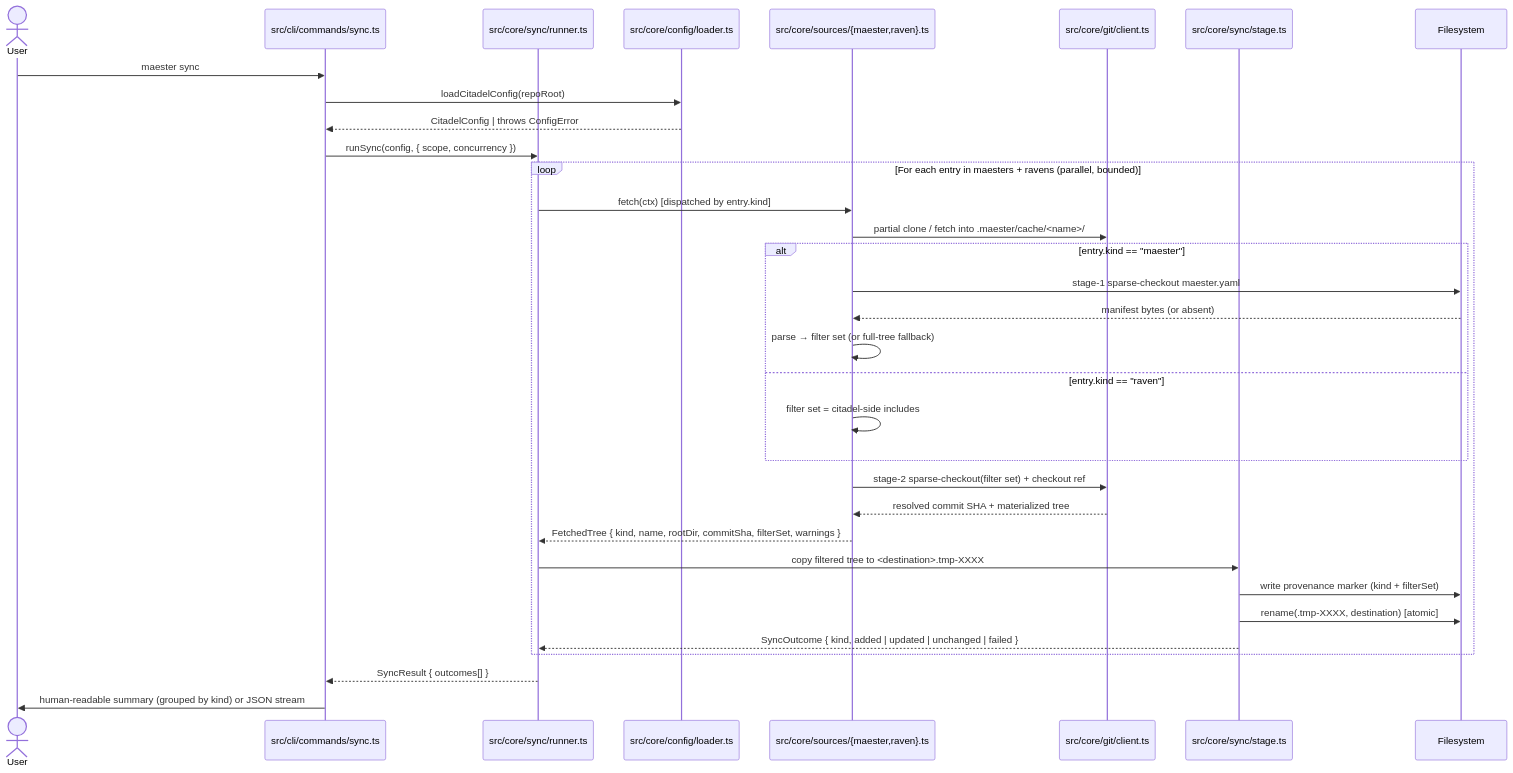
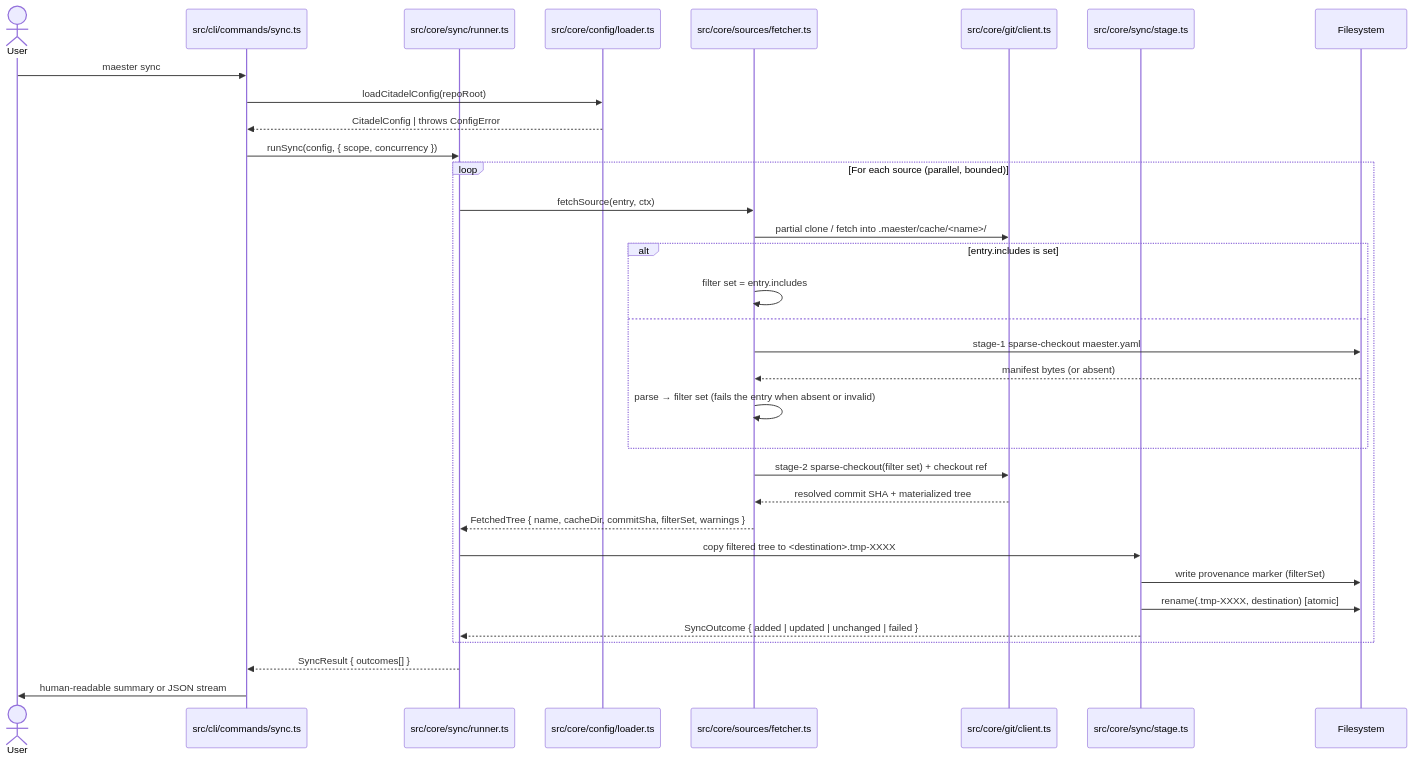
One commit to gballer77/maester changed the second of 3 diagrams in gspec/architecture.md. Above: the diagram before and after it, drawn with Mermaid. The commit also changed other lines of this file and 37 other files, not shown here.

First line of the commit message:
refactor: collapse ravens into sources; drop schema v2

````diff
--- a/gspec/architecture.md
+++ b/gspec/architecture.md
@@ -424,36 +397,36 @@
 ```mermaid
 sequenceDiagram
     actor U as User
     participant CLI as src/cli/commands/sync.ts
     participant Runner as src/core/sync/runner.ts
     participant Loader as src/core/config/loader.ts
-    participant Fetcher as src/core/sources/{maester,raven}.ts
+    participant Fetcher as src/core/sources/fetcher.ts
     participant Git as src/core/git/client.ts
     participant Stage as src/core/sync/stage.ts
     participant FS as Filesystem
 
     U->>CLI: maester sync
     CLI->>Loader: loadCitadelConfig(repoRoot)
     Loader-->>CLI: CitadelConfig | throws ConfigError
     CLI->>Runner: runSync(config, { scope, concurrency })
-    loop For each entry in maesters + ravens (parallel, bounded)
-        Runner->>Fetcher: fetch(ctx)  [dispatched by entry.kind]
+    loop For each source (parallel, bounded)
+        Runner->>Fetcher: fetchSource(entry, ctx)
         Fetcher->>Git: partial clone / fetch into .maester/cache/<name>/
-        alt entry.kind == "maester"
+        alt entry.includes is set
+            Fetcher->>Fetcher: filter set = entry.includes
+        else
             Fetcher->>FS: stage-1 sparse-checkout maester.yaml
             FS-->>Fetcher: manifest bytes (or absent)
-            Fetcher->>Fetcher: parse → filter set (or full-tree fallback)
-        else entry.kind == "raven"
-            Fetcher->>Fetcher: filter set = citadel-side includes
+            Fetcher->>Fetcher: parse → filter set (fails the entry when absent or invalid)
         end
         Fetcher->>Git: stage-2 sparse-checkout(filter set) + checkout ref
         Git-->>Fetcher: resolved commit SHA + materialized tree
-        Fetcher-->>Runner: FetchedTree { kind, name, rootDir, commitSha, filterSet, warnings }
+        Fetcher-->>Runner: FetchedTree { name, cacheDir, commitSha, filterSet, warnings }
         Runner->>Stage: copy filtered tree to <destination>.tmp-XXXX
-        Stage->>FS: write provenance marker (kind + filterSet)
+        Stage->>FS: write provenance marker (filterSet)
         Stage->>FS: rename(.tmp-XXXX, destination) [atomic]
-        Stage-->>Runner: SyncOutcome { kind, added | updated | unchanged | failed }
+        Stage-->>Runner: SyncOutcome { added | updated | unchanged | failed }
     end
     Runner-->>CLI: SyncResult { outcomes[] }
-    CLI->>U: human-readable summary (grouped by kind) or JSON stream
+    CLI->>U: human-readable summary or JSON stream
 ```
````
